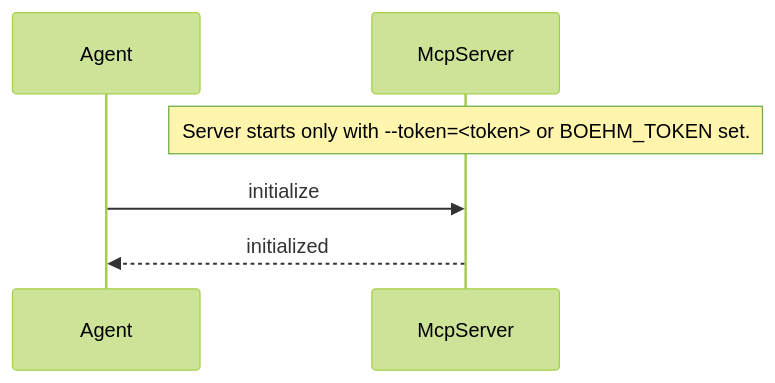
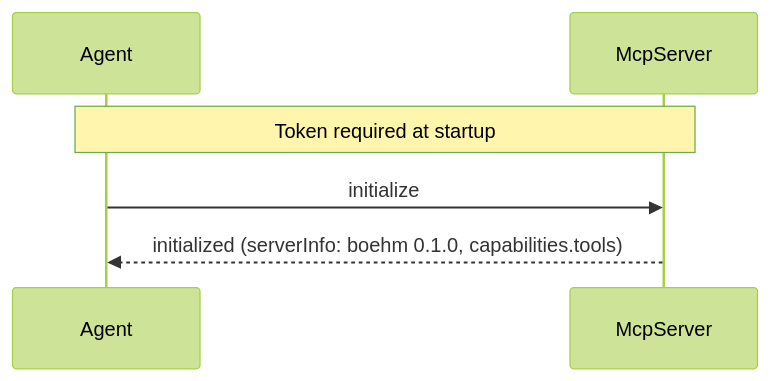
Before and after one commit to bmvanwyk/Boehm: the third of 6 diagrams in docs/architecture.md, drawn with Mermaid (forest theme). The commit also changed other lines of this file and 10 other files, not shown here.

First line of the commit message:
docs: rewrite architecture/README for current codebase, remove stale specs/plans

````diff
--- a/docs/architecture.md
+++ b/docs/architecture.md
@@ -117,9 +103,9 @@
 ```mermaid
 sequenceDiagram
     participant Agent
     participant McpServer
 
-    Note over McpServer: Server starts only with --token=<token> or BOEHM_TOKEN set.
+    Note over Agent,McpServer: Token required at startup
     Agent->>McpServer: initialize
-    McpServer-->>Agent: initialized
+    McpServer-->>Agent: initialized (serverInfo: boehm 0.1.0, capabilities.tools)
 ```
````
